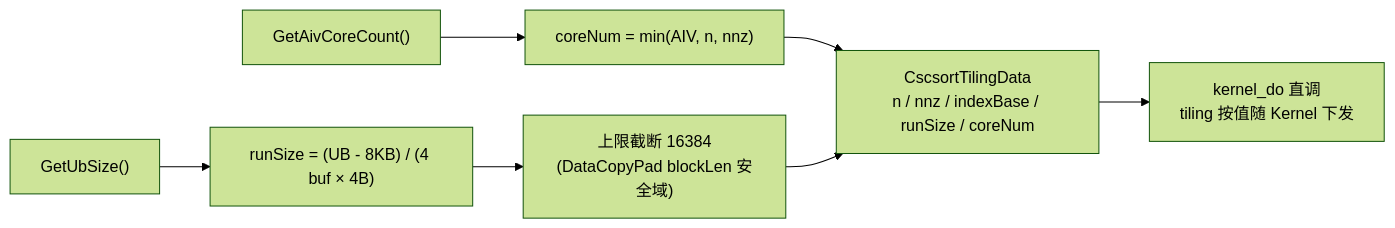
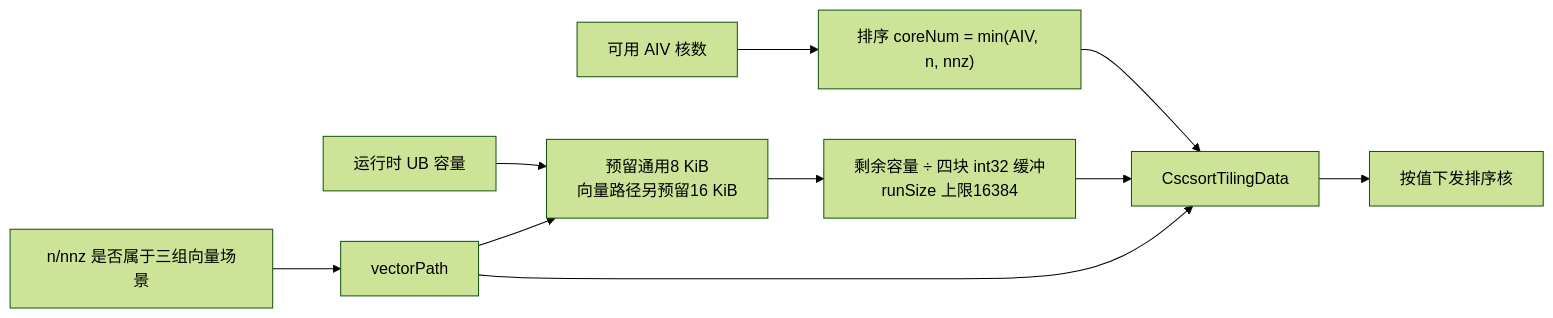
Before and after one commit to hicann/cann-ops-competitions: the second of 4 diagrams in 04_tasks/01_community-task-2026/tasklist/09-8-aclsparseXcscsort-A2A3/nuggets/docs/design.md, drawn with Mermaid (forest theme). The commit also changed other lines of this file, not shown here.

````diff
--- a/04_tasks/01_community-task-2026/tasklist/09-8-aclsparseXcscsort-A2A3/nuggets/docs/design.md
+++ b/04_tasks/01_community-task-2026/tasklist/09-8-aclsparseXcscsort-A2A3/nuggets/docs/design.md
@@ -177,9 +139,12 @@
 ```mermaid
 flowchart LR
-    A["GetAivCoreCount()"] --> B["coreNum = min(AIV, n, nnz)"]
-    C["GetUbSize()"] --> D["runSize = (UB - 8KB) / (4 buf × 4B)"]
-    D --> E["上限截断 16384<br/>(DataCopyPad blockLen 安全域)"]
-    B --> F["CscsortTilingData<br/>n / nnz / indexBase / runSize / coreNum"]
-    E --> F
-    F --> G["kernel_do 直调<br/>tiling 按值随 Kernel 下发"]
+    A["可用 AIV 核数"] --> B["排序 coreNum = min(AIV, n, nnz)"]
+    S["n/nnz 是否属于三组向量场景"] --> P["vectorPath"]
+    U["运行时 UB 容量"] --> R["预留通用8 KiB<br/>向量路径另预留16 KiB"]
+    P --> R
+    R --> N["剩余容量 ÷ 四块 int32 缓冲<br/>runSize 上限16384"]
+    B --> T["CscsortTilingData"]
+    N --> T
+    P --> T
+    T --> K["按值下发排序核"]
 ```
````
